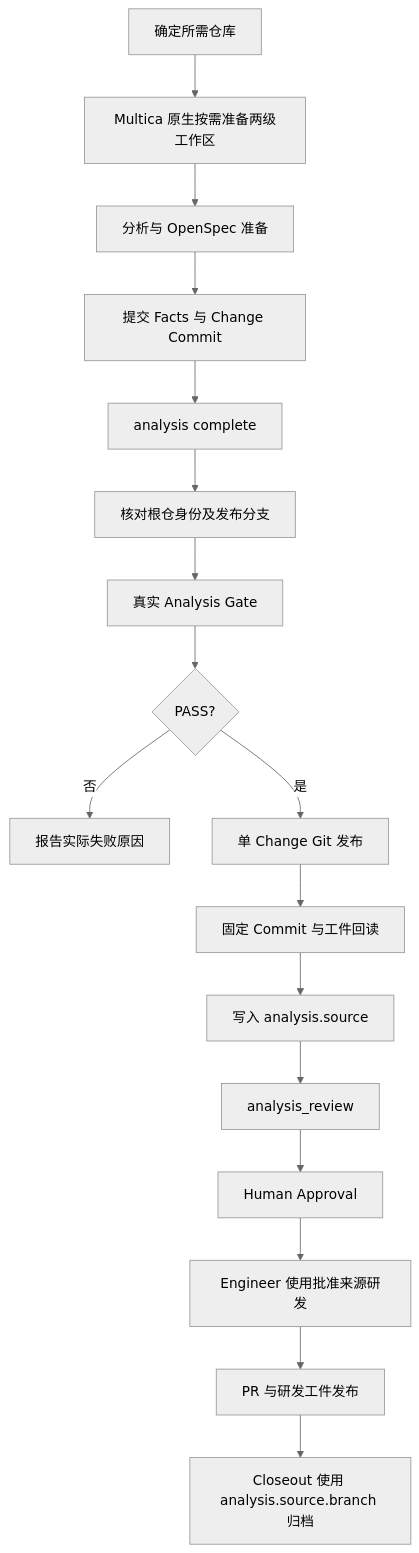
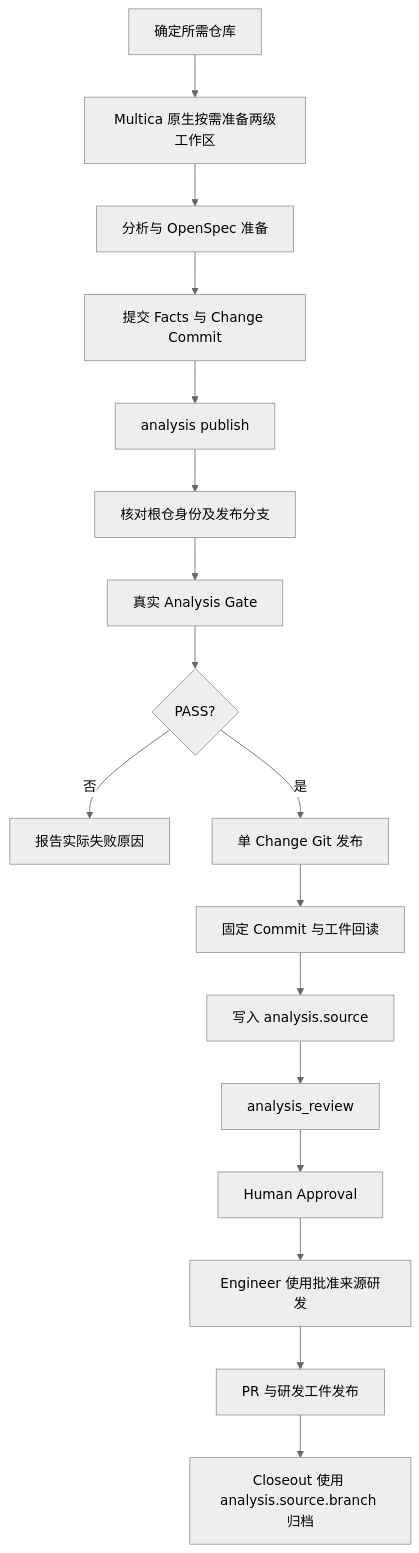
One commit to lilei921/winning-platform-rondo changed the diagram in 12-native-workspace-consumer-alignment-plan.md. Above: the diagram before and after it, drawn with Mermaid (neutral theme). The commit also changed other lines of this file and 59 other files, not shown here.

Commit message:
refactor: rename analysis completion to analysis publish (#65)

````diff
--- a/12-native-workspace-consumer-alignment-plan.md
+++ b/12-native-workspace-consumer-alignment-plan.md
@@ -183,19 +183,19 @@
 ```mermaid
 flowchart TD
   A[确定所需仓库] --> B[Multica 原生按需准备两级工作区]
   B --> C[分析与 OpenSpec 准备]
   C --> D[提交 Facts 与 Change Commit]
-  D --> E[analysis complete]
+  D --> E[analysis publish]
   E --> F[核对根仓身份及发布分支]
   F --> G[真实 Analysis Gate]
   G --> H{PASS?}
   H -->|否| X[报告实际失败原因]
   H -->|是| I[单 Change Git 发布]
   I --> J[固定 Commit 与工件回读]
   J --> K[写入 analysis.source]
   K --> L[analysis_review]
   L --> M[Human Approval]
   M --> N[Engineer 使用批准来源研发]
   N --> O[PR 与研发工件发布]
   O --> P[Closeout 使用 analysis.source.branch 归档]
 ```
````
